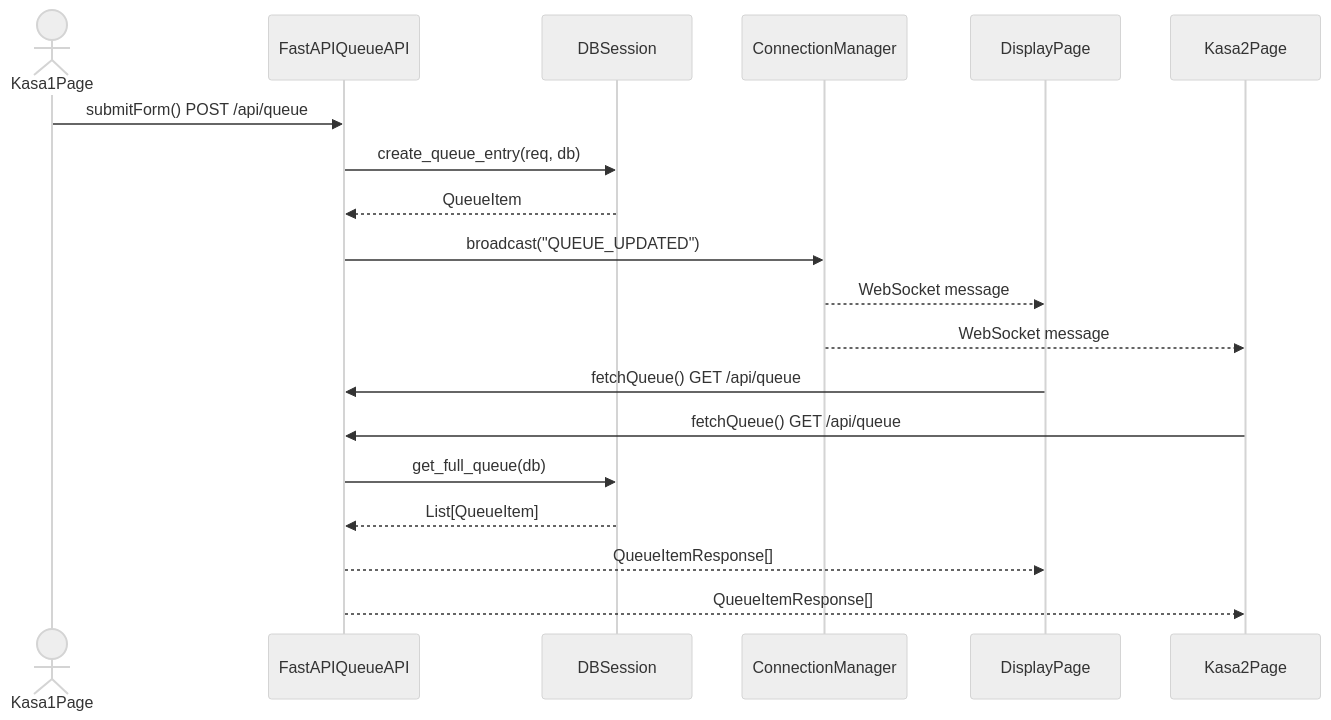
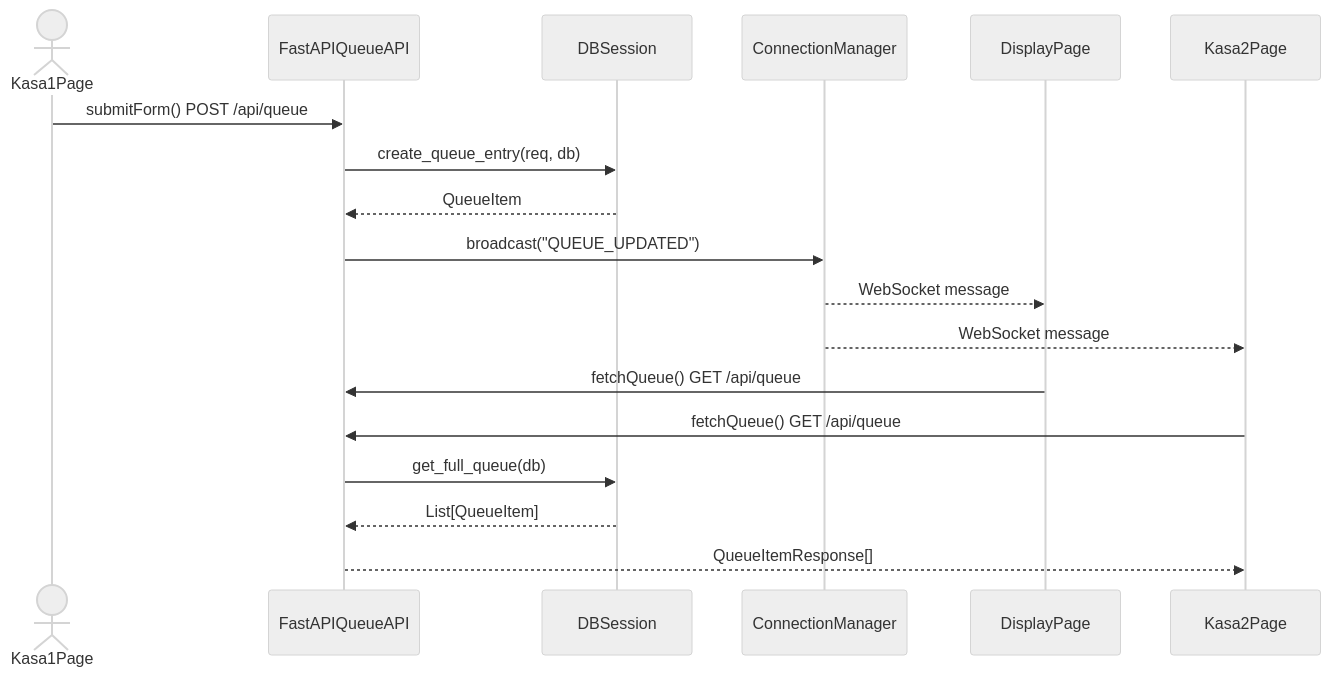
One commit to Tempos/kovzanka changed the diagram in README.md. Above: the diagram before and after it, drawn with Mermaid (neutral theme). The commit also changed other lines of this file, not shown here.

````diff
--- a/README.md
+++ b/README.md
@@ -86,22 +166,21 @@
 ```mermaid
 sequenceDiagram
     actor Kasa1Page
     participant QueueAPI as FastAPIQueueAPI
     participant DB as DBSession
     participant WSManager as ConnectionManager
     participant DisplayPage
     participant Kasa2Page
 
     Kasa1Page->>QueueAPI: submitForm() POST /api/queue
     QueueAPI->>DB: create_queue_entry(req, db)
     DB-->>QueueAPI: QueueItem
     QueueAPI->>WSManager: broadcast("QUEUE_UPDATED")
     WSManager-->>DisplayPage: WebSocket message
     WSManager-->>Kasa2Page: WebSocket message
     DisplayPage->>QueueAPI: fetchQueue() GET /api/queue
     Kasa2Page->>QueueAPI: fetchQueue() GET /api/queue
     QueueAPI->>DB: get_full_queue(db)
     DB-->>QueueAPI: List[QueueItem]
-    QueueAPI-->>DisplayPage: QueueItemResponse[]
     QueueAPI-->>Kasa2Page: QueueItemResponse[]
 ```
````
